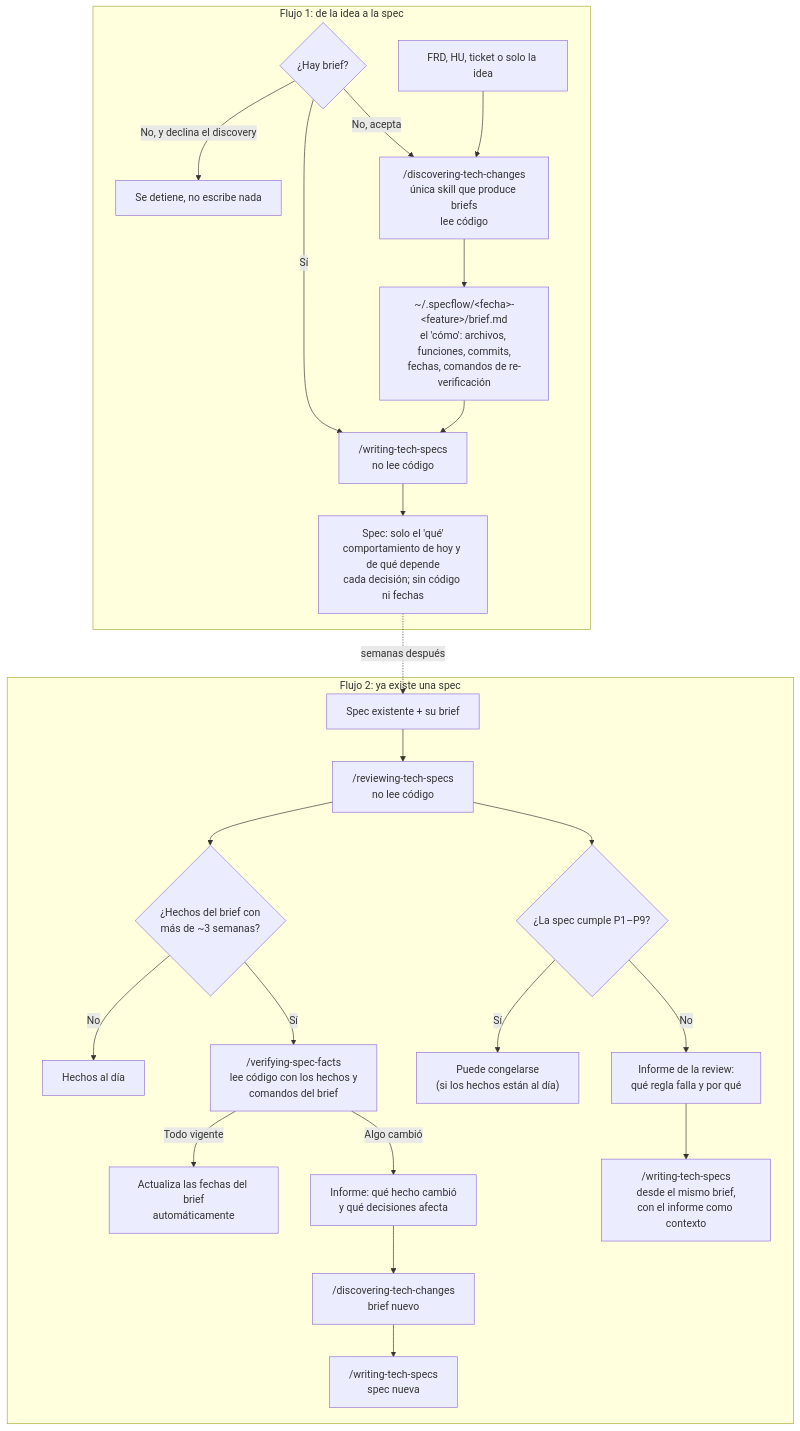
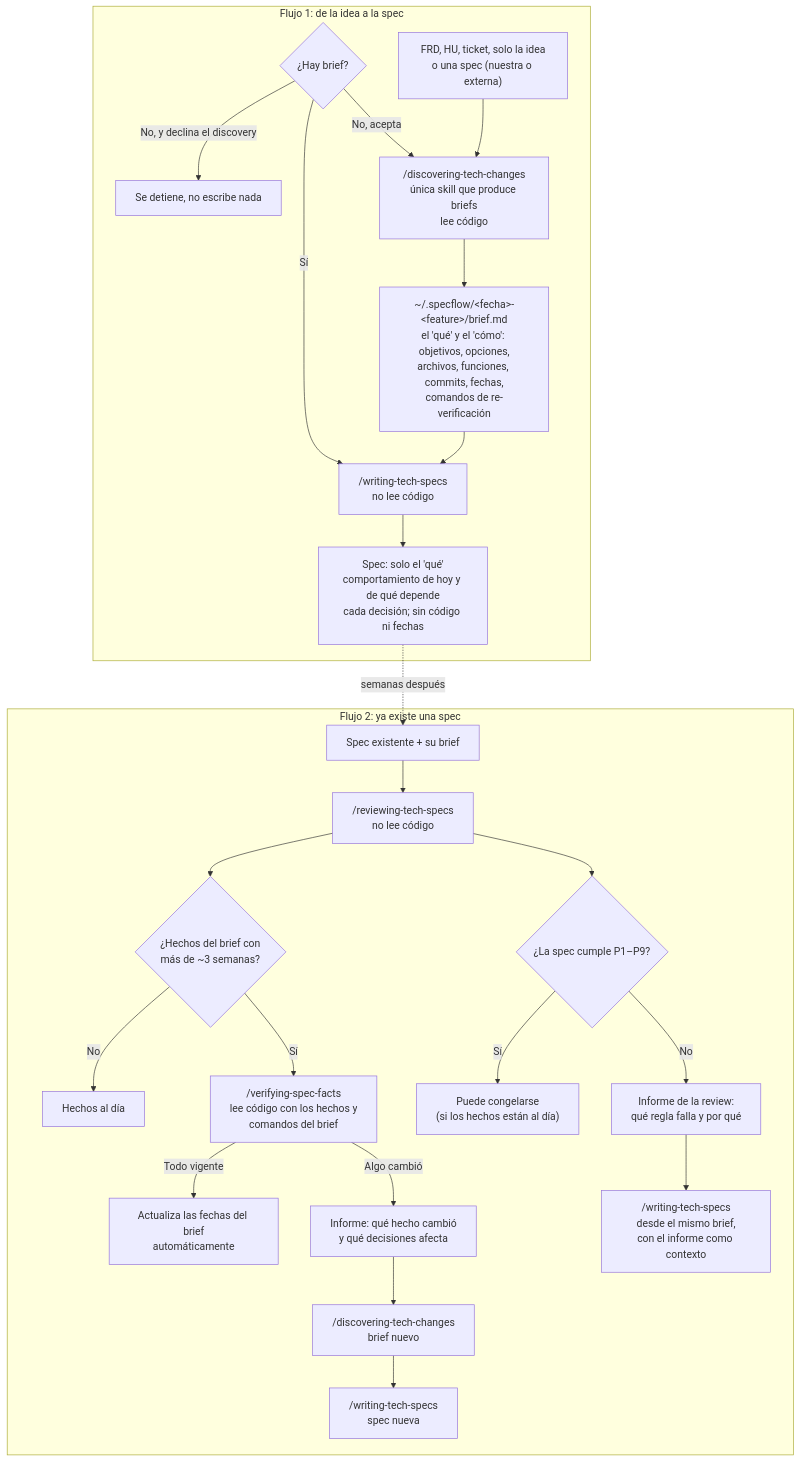
Before and after one commit to carlos-enrique-hurtado-puente/my-skills: the diagram in docs/skills/planning/flow.es.md, drawn with Mermaid. The commit also changed other lines of this file and 11 other files, not shown here.

First line of the commit message:
feat(discovering-tech-changes): accept a spec as input

````diff
--- a/docs/skills/planning/flow.es.md
+++ b/docs/skills/planning/flow.es.md
@@ -7,30 +7,30 @@
 ```mermaid
 flowchart TD
     subgraph F1["Flujo 1: de la idea a la spec"]
       Q0{"¿Hay brief?"} -- "No, y declina el discovery" --> STOP["Se detiene, no escribe nada"]
       Q0 -- "No, acepta" --> DISC
       Q0 -- "Sí" --> WRITE
-      IN["FRD, HU, ticket o solo la idea"] --> DISC["/discovering-tech-changes<br/>única skill que produce briefs<br/>lee código"]
-      DISC --> BRIEF["~/.specflow/&lt;fecha&gt;-&lt;feature&gt;/brief.md<br/>el 'cómo': archivos, funciones, commits,<br/>fechas, comandos de re-verificación"]
+      IN["FRD, HU, ticket, solo la idea<br/>o una spec (nuestra o externa)"] --> DISC["/discovering-tech-changes<br/>única skill que produce briefs<br/>lee código"]
+      DISC --> BRIEF["~/.specflow/&lt;fecha&gt;-&lt;feature&gt;/brief.md<br/>el 'qué' y el 'cómo': objetivos, opciones,<br/>archivos, funciones, commits, fechas,<br/>comandos de re-verificación"]
       BRIEF --> WRITE["/writing-tech-specs<br/>no lee código"]
       WRITE --> SPEC["Spec: solo el 'qué'<br/>comportamiento de hoy y de qué depende<br/>cada decisión; sin código ni fechas"]
     end
 
     subgraph F2["Flujo 2: ya existe una spec"]
       S2["Spec existente + su brief"] --> REV["/reviewing-tech-specs<br/>no lee código"]
       REV --> FORM{"¿La spec cumple P1–P9?"}
       REV --> AGE{"¿Hechos del brief con<br/>más de ~3 semanas?"}
 
       AGE -- "No" --> FRESH["Hechos al día"]
       AGE -- "Sí" --> VER["/verifying-spec-facts<br/>lee código con los hechos y<br/>comandos del brief"]
       VER -- "Todo vigente" --> DATES["Actualiza las fechas del brief<br/>automáticamente"]
       VER -- "Algo cambió" --> REPV["Informe: qué hecho cambió<br/>y qué decisiones afecta"]
       REPV --> DISC2["/discovering-tech-changes<br/>brief nuevo"] --> WRITE2["/writing-tech-specs<br/>spec nueva"]
 
       FORM -- "Sí" --> PASS["Puede congelarse<br/>(si los hechos están al día)"]
       FORM -- "No" --> REPF["Informe de la review:<br/>qué regla falla y por qué"]
       REPF --> WRITE3["/writing-tech-specs<br/>desde el mismo brief,<br/>con el informe como contexto"]
     end
 
     SPEC -. "semanas después" .-> S2
 ```
````
